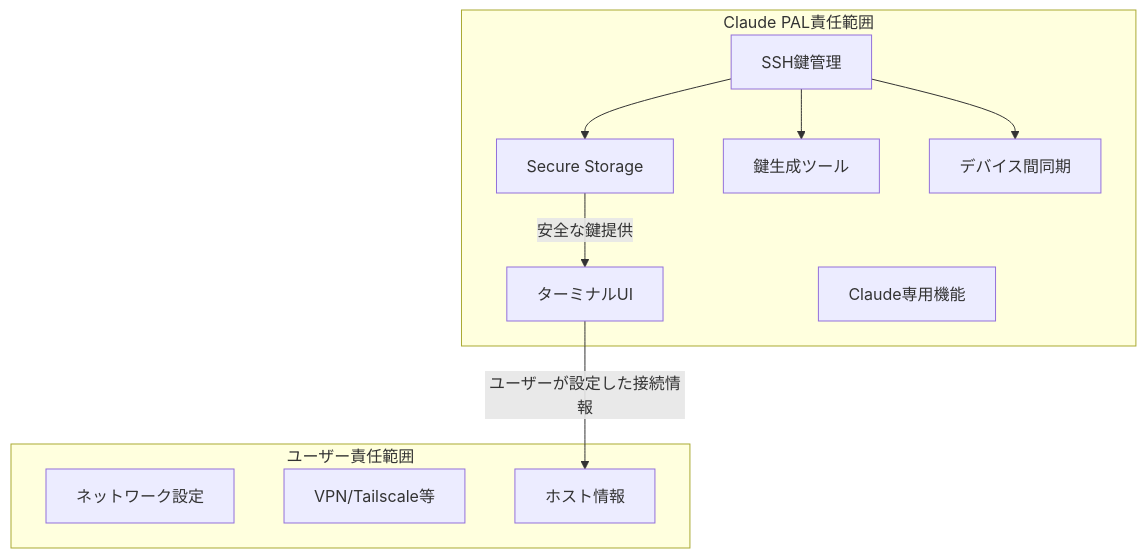
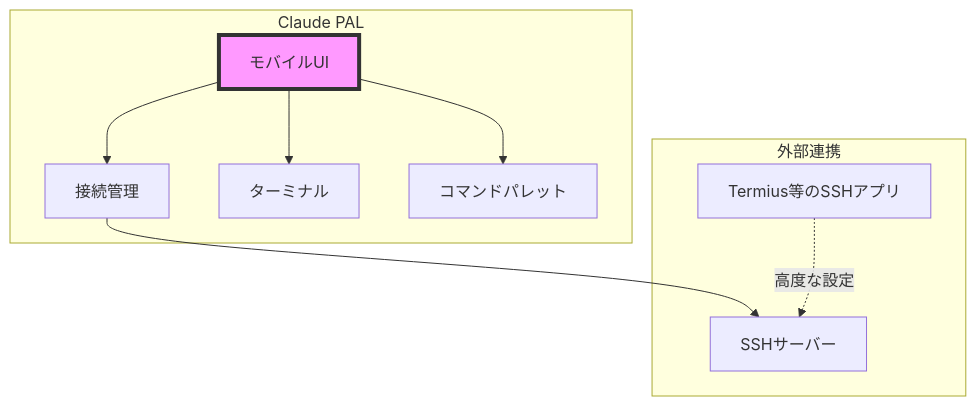
The diagram in .claude/research/16_ssh_key_management_focused.md (mzkmnk/claude-pal), drawn with Mermaid before and after one commit. The commit also changed other lines of this file and 1 other file, not shown here.

````diff
--- a/.claude/research/16_ssh_key_management_focused.md
+++ b/.claude/research/16_ssh_key_management_focused.md
@@ -21,21 +48,23 @@
 ```mermaid
 graph TB
-    subgraph "Claude PAL責任範囲"
-        KEY[SSH鍵管理]
-        UI[ターミナルUI]
-        UX[Claude専用機能]
+    subgraph "Claude PAL"
+        UI[モバイルUI]
+        CONN[接続管理]
+        TERM[ターミナル]
+        CMD[コマンドパレット]
         
-        KEY --> SEC[Secure Storage]
-        KEY --> GEN[鍵生成ツール]
-        KEY --> SYNC[デバイス間同期]
+        UI --> CONN
+        UI --> TERM
+        UI --> CMD
     end
     
-    subgraph "ユーザー責任範囲"
-        NET[ネットワーク設定]
-        VPN[VPN/Tailscale等]
-        HOST[ホスト情報]
+    subgraph "外部連携"
+        TERMIUS[Termius等のSSHアプリ]
+        SSH[SSHサーバー]
     end
     
-    UI --> |ユーザーが設定した接続情報| HOST
-    SEC --> |安全な鍵提供| UI
+    CONN --> SSH
+    TERMIUS -.->|高度な設定| SSH
+    
+    style UI fill:#f9f,stroke:#333,stroke-width:4px
 ```
````
